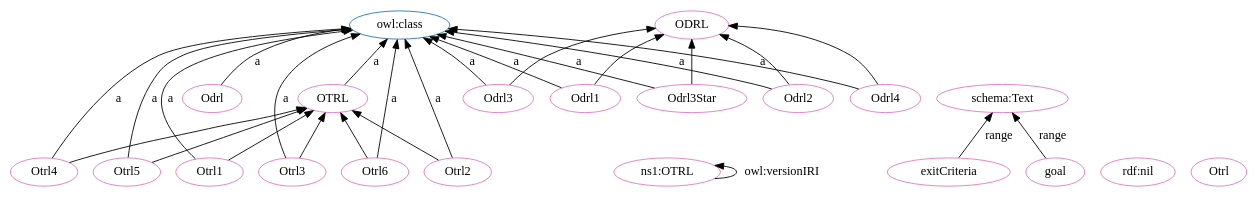
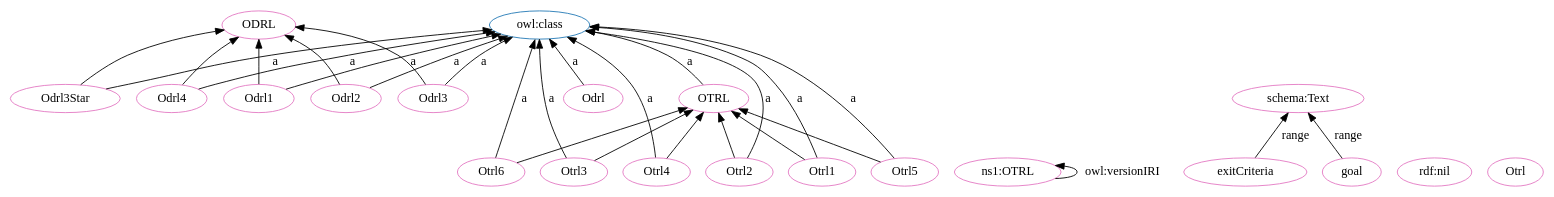
The diagram in OTRL-clean.dot (OPEN-NEXT/OKH-LOSH), drawn with Graphviz before and after one commit. The commit also changed other lines of this file and 17 other files, not shown here.

```diff
--- a/OTRL-clean.dot
+++ b/OTRL-clean.dot
@@ -1,54 +1,54 @@
 digraph G {
   rankdir=BT
   node[height=.3]
-"http://purl.org/oseg/ontologies/OTRL#OTRL" [fillcolor="#1f77b4" color="#1f77b4" label="OTRL"]
 "http://purl.org/oseg/ontologies/OTRL#ODRL" [fillcolor="#1f77b4" color="#1f77b4" label="ODRL"]
 "http://www.w3.org/2002/07/owl#class" [fillcolor="#1f77b4" color="#1f77b4" label="owl:class"]
+"http://purl.org/oseg/ontologies/OTRL#OTRL" [fillcolor="#1f77b4" color="#1f77b4" label="OTRL"]
 "http://purl.org/oseg/ontologies/OTRL" [fillcolor="#e377c2" color="#e377c2" label="ns1:OTRL"]
+"http://purl.org/oseg/ontologies/OTRL#Odrl3Star" [fillcolor="#e377c2" color="#e377c2" label="Odrl3Star"]
+"http://purl.org/oseg/ontologies/OTRL#Otrl6" [fillcolor="#e377c2" color="#e377c2" label="Otrl6"]
 "http://purl.org/oseg/ontologies/OTRL#ODRL" [fillcolor="#e377c2" color="#e377c2" label="ODRL"]
-"http://purl.org/oseg/ontologies/OTRL#exitCriteria" [fillcolor="#e377c2" color="#e377c2" label="exitCriteria"]
-"http://purl.org/oseg/ontologies/OTRL#goal" [fillcolor="#e377c2" color="#e377c2" label="goal"]
+"http://purl.org/oseg/ontologies/OTRL#Odrl4" [fillcolor="#e377c2" color="#e377c2" label="Odrl4"]
+"http://schema.org/Text" [fillcolor="#e377c2" color="#e377c2" label="schema:Text"]
 "http://purl.org/oseg/ontologies/OTRL#OTRL" [fillcolor="#e377c2" color="#e377c2" label="OTRL"]
-"http://purl.org/oseg/ontologies/OTRL#Otrl4" [fillcolor="#e377c2" color="#e377c2" label="Otrl4"]
 "http://purl.org/oseg/ontologies/OTRL#Odrl" [fillcolor="#e377c2" color="#e377c2" label="Odrl"]
 "http://www.w3.org/1999/02/22-rdf-syntax-ns#nil" [fillcolor="#e377c2" color="#e377c2" label="rdf:nil"]
+"http://purl.org/oseg/ontologies/OTRL#Otrl" [fillcolor="#e377c2" color="#e377c2" label="Otrl"]
+"http://purl.org/oseg/ontologies/OTRL#Otrl3" [fillcolor="#e377c2" color="#e377c2" label="Otrl3"]
+"http://purl.org/oseg/ontologies/OTRL#Odrl1" [fillcolor="#e377c2" color="#e377c2" label="Odrl1"]
+"http://purl.org/oseg/ontologies/OTRL#Odrl2" [fillcolor="#e377c2" color="#e377c2" label="Odrl2"]
+"http://purl.org/oseg/ontologies/OTRL#Otrl4" [fillcolor="#e377c2" color="#e377c2" label="Otrl4"]
+"http://purl.org/oseg/ontologies/OTRL#Otrl2" [fillcolor="#e377c2" color="#e377c2" label="Otrl2"]
+"http://purl.org/oseg/ontologies/OTRL#exitCriteria" [fillcolor="#e377c2" color="#e377c2" label="exitCriteria"]
 "http://purl.org/oseg/ontologies/OTRL#Otrl1" [fillcolor="#e377c2" color="#e377c2" label="Otrl1"]
-"http://purl.org/oseg/ontologies/OTRL#Otrl3" [fillcolor="#e377c2" color="#e377c2" label="Otrl3"]
+"http://purl.org/oseg/ontologies/OTRL#goal" [fillcolor="#e377c2" color="#e377c2" label="goal"]
 "http://purl.org/oseg/ontologies/OTRL#Otrl5" [fillcolor="#e377c2" color="#e377c2" label="Otrl5"]
 "http://purl.org/oseg/ontologies/OTRL#Odrl3" [fillcolor="#e377c2" color="#e377c2" label="Odrl3"]
-"http://schema.org/Text" [fillcolor="#e377c2" color="#e377c2" label="schema:Text"]
-"http://purl.org/oseg/ontologies/OTRL#Odrl1" [fillcolor="#e377c2" color="#e377c2" label="Odrl1"]
-"http://purl.org/oseg/ontologies/OTRL#Odrl2" [fillcolor="#e377c2" color="#e377c2" label="Odrl2"]
-"http://purl.org/oseg/ontologies/OTRL#Otrl6" [fillcolor="#e377c2" color="#e377c2" label="Otrl6"]
-"http://purl.org/oseg/ontologies/OTRL#Odrl3Star" [fillcolor="#e377c2" color="#e377c2" label="Odrl3Star"]
-"http://purl.org/oseg/ontologies/OTRL#Odrl4" [fillcolor="#e377c2" color="#e377c2" label="Odrl4"]
-"http://purl.org/oseg/ontologies/OTRL#Otrl" [fillcolor="#e377c2" color="#e377c2" label="Otrl"]
-"http://purl.org/oseg/ontologies/OTRL#Otrl2" [fillcolor="#e377c2" color="#e377c2" label="Otrl2"]
+  "http://purl.org/oseg/ontologies/OTRL#Odrl3Star" -> "http://www.w3.org/2002/07/owl#class" [label="a"]
+  "http://purl.org/oseg/ontologies/OTRL" -> "http://purl.org/oseg/ontologies/OTRL" [label="owl:versionIRI"]
+  "http://purl.org/oseg/ontologies/OTRL#Otrl2" -> "http://purl.org/oseg/ontologies/OTRL#OTRL" [label=""]
   "http://purl.org/oseg/ontologies/OTRL#Otrl1" -> "http://purl.org/oseg/ontologies/OTRL#OTRL" [label=""]
   "http://purl.org/oseg/ontologies/OTRL#Otrl5" -> "http://purl.org/oseg/ontologies/OTRL#OTRL" [label=""]
-  "http://purl.org/oseg/ontologies/OTRL#Odrl3" -> "http://purl.org/oseg/ontologies/OTRL#ODRL" [label=""]
+  "http://purl.org/oseg/ontologies/OTRL#Otrl3" -> "http://www.w3.org/2002/07/owl#class" [label="a"]
   "http://purl.org/oseg/ontologies/OTRL#Otrl1" -> "http://www.w3.org/2002/07/owl#class" [label="a"]
-  "http://purl.org/oseg/ontologies/OTRL#Otrl5" -> "http://www.w3.org/2002/07/owl#class" [label="a"]
+  "http://purl.org/oseg/ontologies/OTRL#Odrl1" -> "http://purl.org/oseg/ontologies/OTRL#ODRL" [label=""]
+  "http://purl.org/oseg/ontologies/OTRL#Otrl6" -> "http://www.w3.org/2002/07/owl#class" [label="a"]
+  "http://purl.org/oseg/ontologies/OTRL#Odrl4" -> "http://purl.org/oseg/ontologies/OTRL#ODRL" [label=""]
+  "http://purl.org/oseg/ontologies/OTRL#Odrl4" -> "http://www.w3.org/2002/07/owl#class" [label="a"]
+  "http://purl.org/oseg/ontologies/OTRL#goal" -> "http://schema.org/Text" [label="range"]
+  "http://purl.org/oseg/ontologies/OTRL#OTRL" -> "http://www.w3.org/2002/07/owl#class" [label="a"]
+  "http://purl.org/oseg/ontologies/OTRL#exitCriteria" -> "http://schema.org/Text" [label="range"]
+  "http://purl.org/oseg/ontologies/OTRL#Odrl1" -> "http://www.w3.org/2002/07/owl#class" [label="a"]
+  "http://purl.org/oseg/ontologies/OTRL#Odrl" -> "http://www.w3.org/2002/07/owl#class" [label="a"]
   "http://purl.org/oseg/ontologies/OTRL#Odrl2" -> "http://purl.org/oseg/ontologies/OTRL#ODRL" [label=""]
-  "http://purl.org/oseg/ontologies/OTRL#Odrl1" -> "http://www.w3.org/2002/07/owl#class" [label="a"]
-  "http://purl.org/oseg/ontologies/OTRL#OTRL" -> "http://www.w3.org/2002/07/owl#class" [label="a"]
-  "http://purl.org/oseg/ontologies/OTRL#Odrl4" -> "http://www.w3.org/2002/07/owl#class" [label="a"]
+  "http://purl.org/oseg/ontologies/OTRL#Odrl2" -> "http://www.w3.org/2002/07/owl#class" [label="a"]
   "http://purl.org/oseg/ontologies/OTRL#Otrl4" -> "http://purl.org/oseg/ontologies/OTRL#OTRL" [label=""]
-  "http://purl.org/oseg/ontologies/OTRL#Otrl2" -> "http://purl.org/oseg/ontologies/OTRL#OTRL" [label=""]
-  "http://purl.org/oseg/ontologies/OTRL" -> "http://purl.org/oseg/ontologies/OTRL" [label="owl:versionIRI"]
-  "http://purl.org/oseg/ontologies/OTRL#Odrl3Star" -> "http://purl.org/oseg/ontologies/OTRL#ODRL" [label=""]
-  "http://purl.org/oseg/ontologies/OTRL#Otrl3" -> "http://purl.org/oseg/ontologies/OTRL#OTRL" [label=""]
   "http://purl.org/oseg/ontologies/OTRL#Otrl4" -> "http://www.w3.org/2002/07/owl#class" [label="a"]
   "http://purl.org/oseg/ontologies/OTRL#Otrl6" -> "http://purl.org/oseg/ontologies/OTRL#OTRL" [label=""]
-  "http://purl.org/oseg/ontologies/OTRL#Odrl" -> "http://www.w3.org/2002/07/owl#class" [label="a"]
-  "http://purl.org/oseg/ontologies/OTRL#Otrl3" -> "http://www.w3.org/2002/07/owl#class" [label="a"]
+  "http://purl.org/oseg/ontologies/OTRL#Odrl3Star" -> "http://purl.org/oseg/ontologies/OTRL#ODRL" [label=""]
+  "http://purl.org/oseg/ontologies/OTRL#Otrl2" -> "http://www.w3.org/2002/07/owl#class" [label="a"]
+  "http://purl.org/oseg/ontologies/OTRL#Otrl5" -> "http://www.w3.org/2002/07/owl#class" [label="a"]
+  "http://purl.org/oseg/ontologies/OTRL#Otrl3" -> "http://purl.org/oseg/ontologies/OTRL#OTRL" [label=""]
+  "http://purl.org/oseg/ontologies/OTRL#Odrl3" -> "http://purl.org/oseg/ontologies/OTRL#ODRL" [label=""]
   "http://purl.org/oseg/ontologies/OTRL#Odrl3" -> "http://www.w3.org/2002/07/owl#class" [label="a"]
-  "http://purl.org/oseg/ontologies/OTRL#exitCriteria" -> "http://schema.org/Text" [label="range"]
-  "http://purl.org/oseg/ontologies/OTRL#goal" -> "http://schema.org/Text" [label="range"]
-  "http://purl.org/oseg/ontologies/OTRL#Odrl4" -> "http://purl.org/oseg/ontologies/OTRL#ODRL" [label=""]
-  "http://purl.org/oseg/ontologies/OTRL#Odrl2" -> "http://www.w3.org/2002/07/owl#class" [label="a"]
-  "http://purl.org/oseg/ontologies/OTRL#Otrl6" -> "http://www.w3.org/2002/07/owl#class" [label="a"]
-  "http://purl.org/oseg/ontologies/OTRL#Odrl3Star" -> "http://www.w3.org/2002/07/owl#class" [label="a"]
-  "http://purl.org/oseg/ontologies/OTRL#Otrl2" -> "http://www.w3.org/2002/07/owl#class" [label="a"]
-  "http://purl.org/oseg/ontologies/OTRL#Odrl1" -> "http://purl.org/oseg/ontologies/OTRL#ODRL" [label=""]
 }
```
